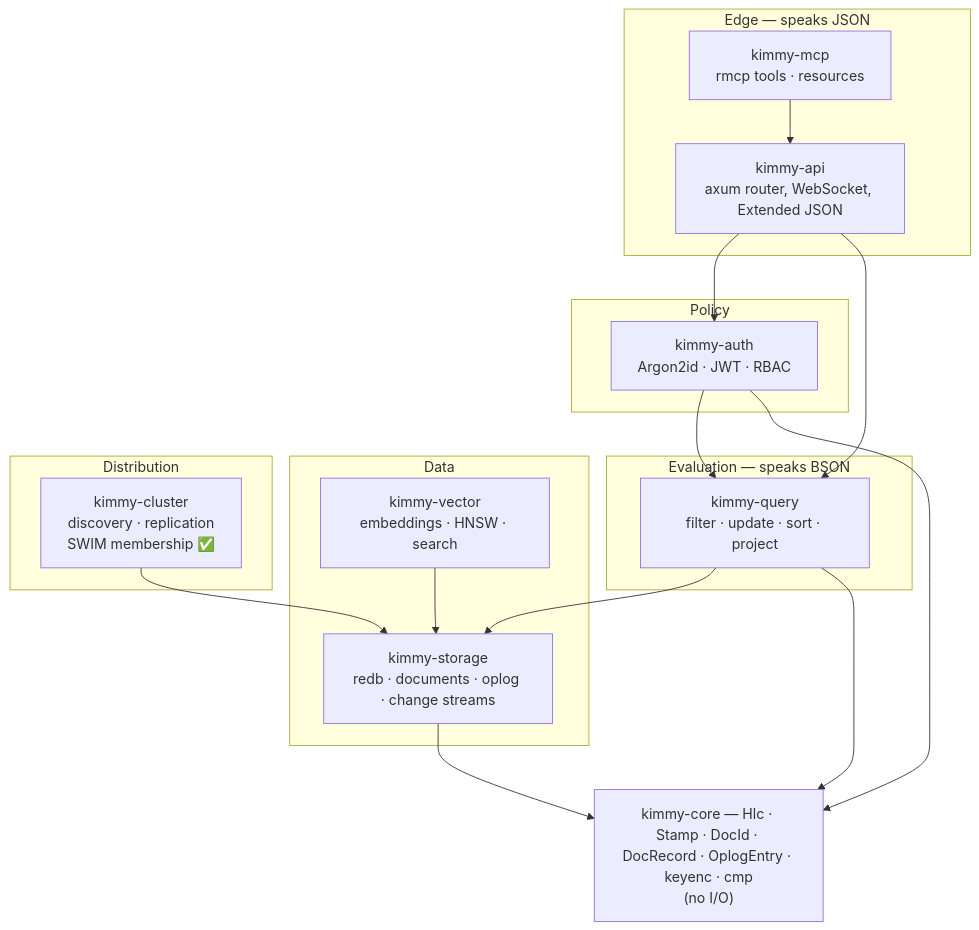
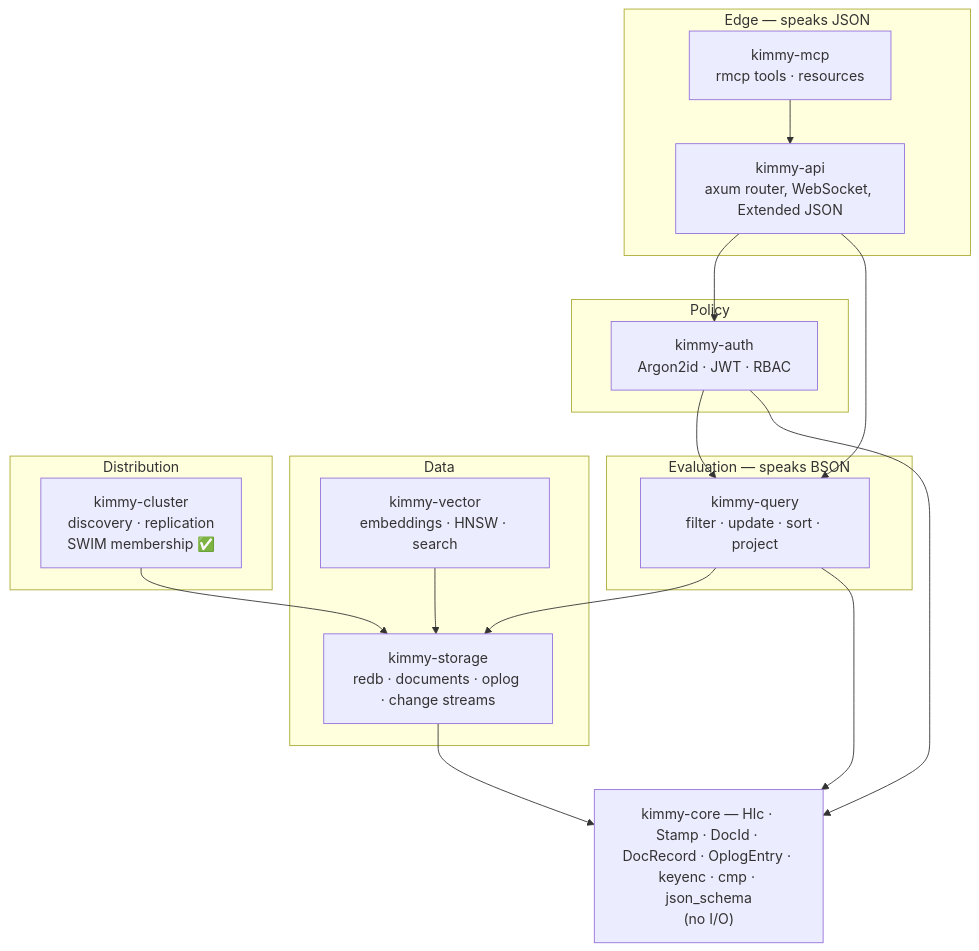
One commit to titusai-io/kimmydb changed the third of 5 diagrams in docs/architecture.md. Above: the diagram before and after it, drawn with Mermaid. The commit also changed 64 other files, not shown here.

First line of the commit message:
Add the $jsonSchema filter and collection validators (#272)

````diff
--- a/docs/architecture.md
+++ b/docs/architecture.md
@@ -69,37 +69,37 @@
 ```mermaid
 graph TB
     subgraph EDGE["Edge — speaks JSON"]
         API["kimmy-api<br/>axum router, WebSocket, Extended JSON"]
         MCP["kimmy-mcp<br/>rmcp tools · resources"]
     end
 
     subgraph POLICY["Policy"]
         AUTH["kimmy-auth<br/>Argon2id · JWT · RBAC"]
     end
 
     subgraph LOGIC["Evaluation — speaks BSON"]
         QRY["kimmy-query<br/>filter · update · sort · project"]
     end
 
     subgraph DATA["Data"]
         STO["kimmy-storage<br/>redb · documents · oplog · change streams"]
         VEC["kimmy-vector<br/>embeddings · HNSW · search"]
     end
 
     subgraph DIST["Distribution"]
         CLU["kimmy-cluster<br/>discovery · replication<br/>SWIM membership ✅"]
     end
 
-    CORE["kimmy-core — Hlc · Stamp · DocId · DocRecord · OplogEntry · keyenc · cmp<br/>(no I/O)"]
+    CORE["kimmy-core — Hlc · Stamp · DocId · DocRecord · OplogEntry · keyenc · cmp · json_schema<br/>(no I/O)"]
 
     API --> AUTH
     MCP --> API
     AUTH --> QRY
     API --> QRY
     QRY --> STO
     VEC --> STO
     CLU --> STO
     STO --> CORE
     QRY --> CORE
     AUTH --> CORE
 ```
````
